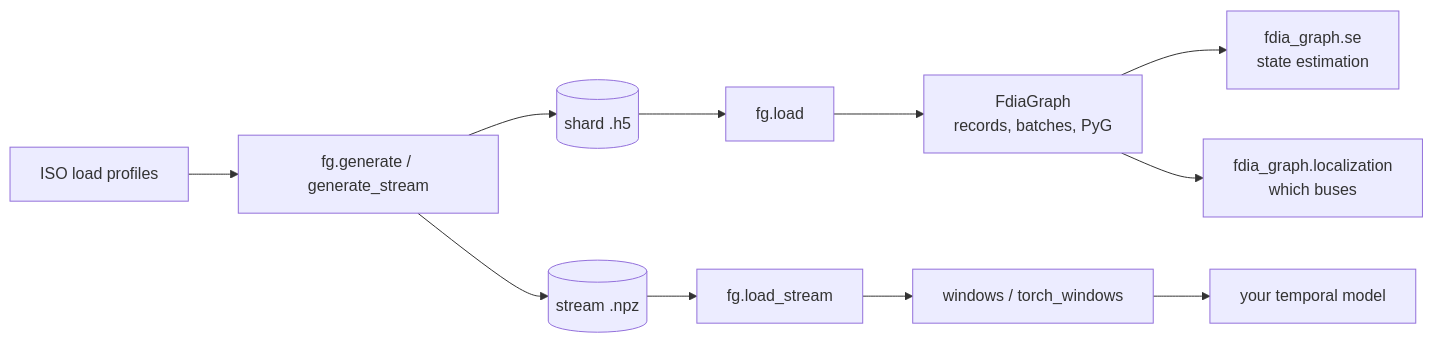
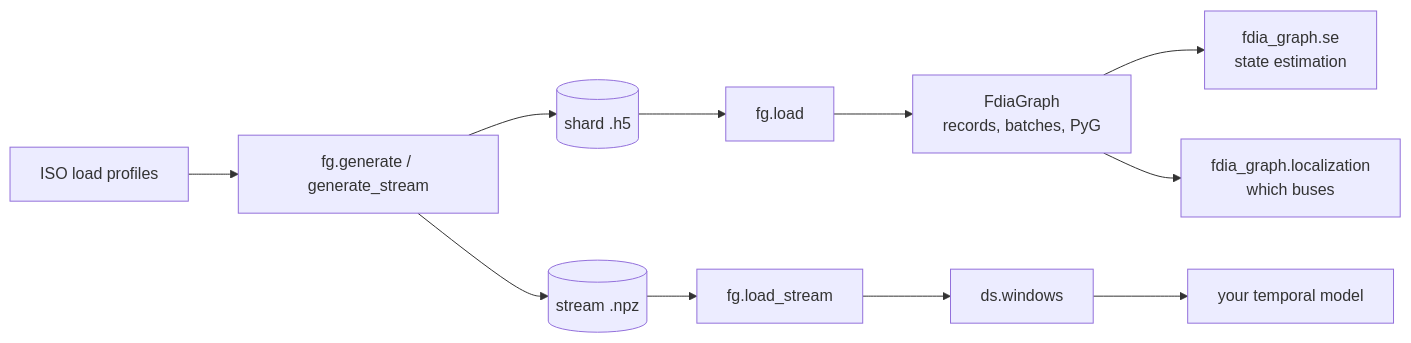
Before and after one commit to myersben9/fdia-graph: the diagram in README.md, drawn with Mermaid. The commit also changed other lines of this file and 21 other files, not shown here.

First line of the commit message:
One export of a split, per-bus windows on the view, the torch helpers retire in 0.19 (#101)

````diff
--- a/README.md
+++ b/README.md
@@ -14,13 +14,13 @@
 ```mermaid
 flowchart LR
     P[ISO load profiles] --> G[fg.generate / generate_stream]
     G --> S[(shard .h5)]
     G --> T[(stream .npz)]
     S --> L[fg.load]
     T --> LS[fg.load_stream]
     L --> D[FdiaGraph<br/>records, batches, PyG]
-    LS --> W[windows / torch_windows]
+    LS --> W[ds.windows]
     D --> SE[fdia_graph.se<br/>state estimation]
     D --> LOC[fdia_graph.localization<br/>which buses]
     W --> M[your temporal model]
 ```
````
